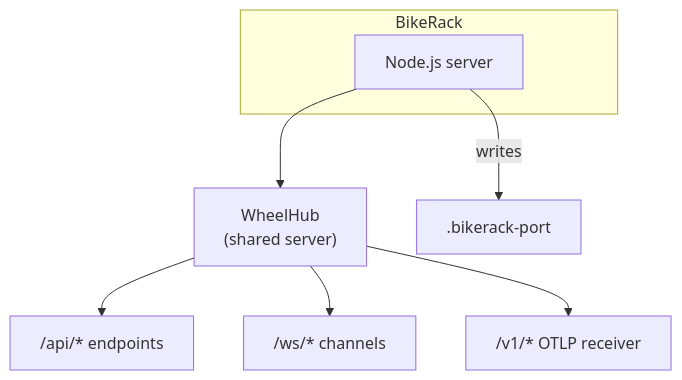
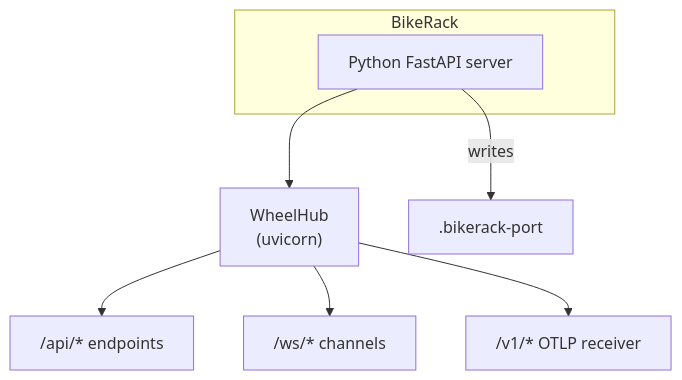
Before and after one commit to slabgorb/pennyfarthing: the diagram in README.md, drawn with Mermaid. The commit also changed other lines of this file and 17 other files, not shown here.

First line of the commit message:
docs: remove stale Node.js/Express references after Python WheelHub migration

````diff
--- a/README.md
+++ b/README.md
@@ -165,14 +165,14 @@
 ```mermaid
 graph TB
     subgraph "BikeRack"
-        BR["Node.js server"]
+        BR["Python FastAPI server"]
     end
 
-    BR --> WH["WheelHub<br/>(shared server)"]
+    BR --> WH["WheelHub<br/>(uvicorn)"]
 
     BR -- "writes" --> BP[".bikerack-port"]
 
     WH --> API["/api/* endpoints"]
     WH --> WS["/ws/* channels"]
     WH --> OTLP["/v1/* OTLP receiver"]
 ```
````
